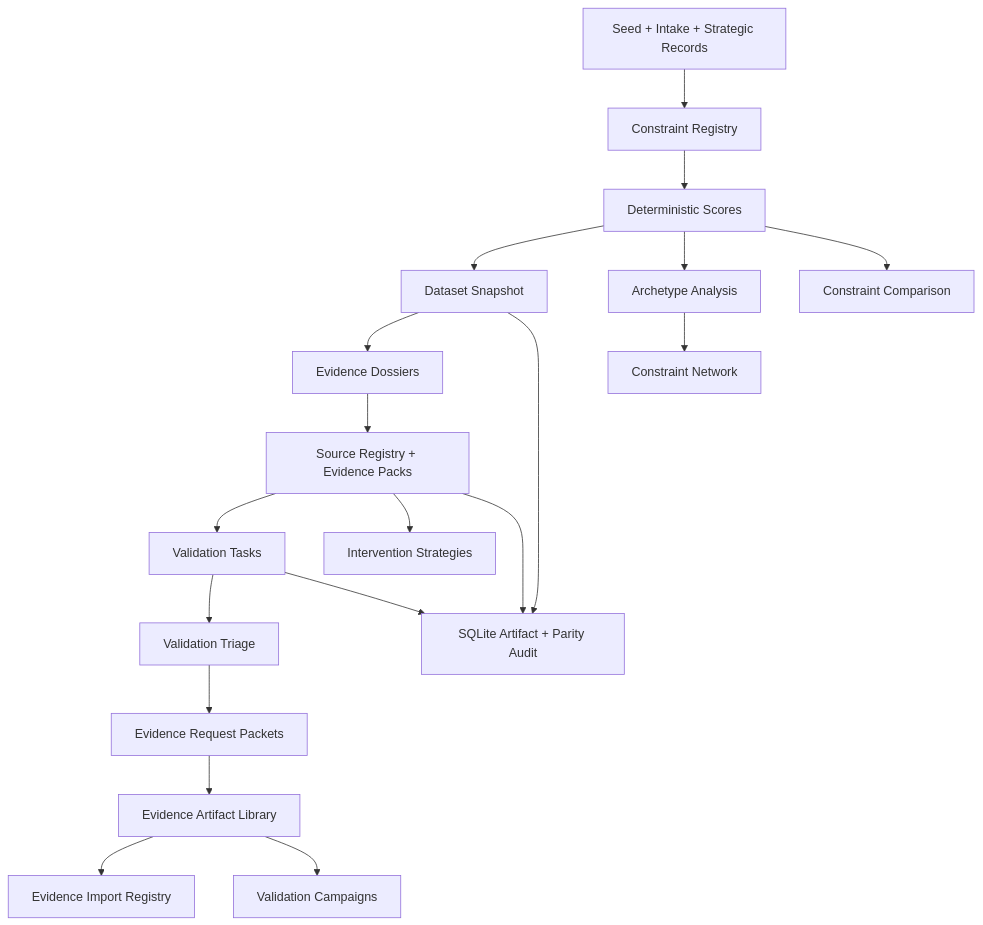
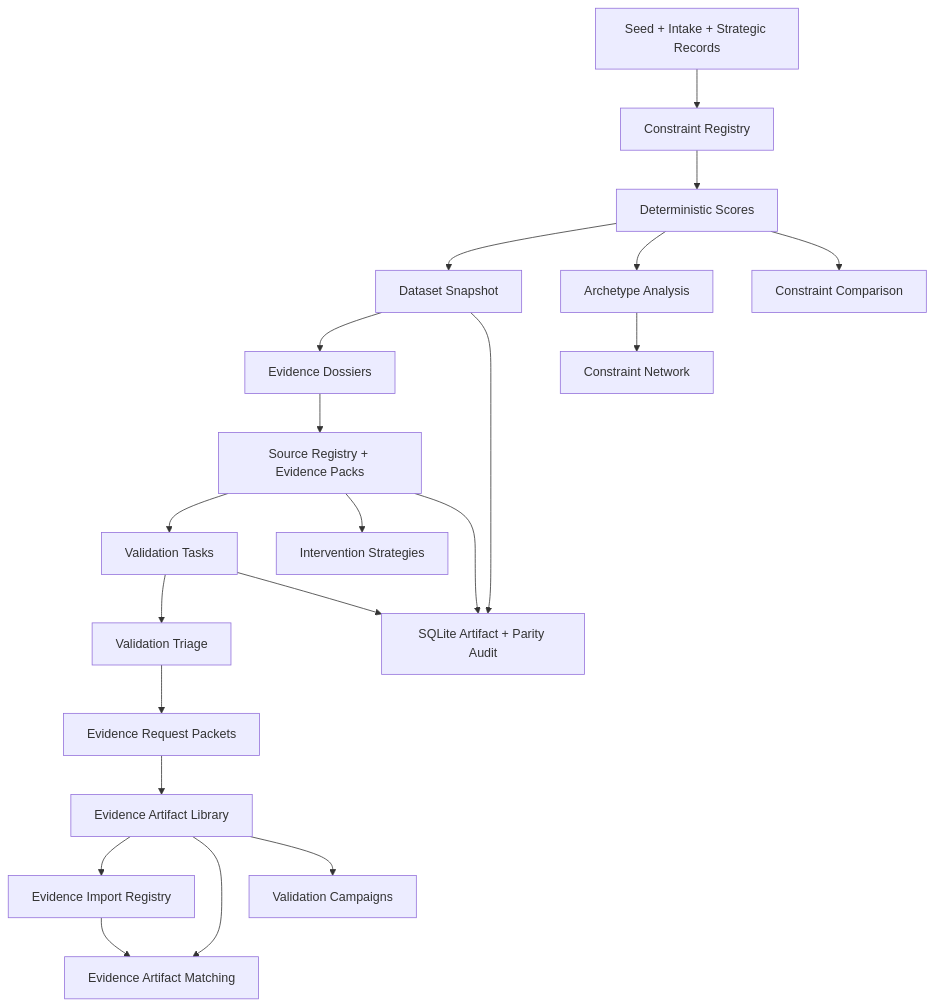
The first of 2 diagrams in README.md (EtherTabu/economic-x-ray-vision), drawn with Mermaid before and after one commit. The commit also changed other lines of this file and 11 other files, not shown here.

Commit message:
Add evidence artifact matching workspace

````diff
--- a/README.md
+++ b/README.md
@@ -129,21 +133,23 @@
 ```mermaid
 flowchart TD
   A["Seed + Intake + Strategic Records"] --> B["Constraint Registry"]
   B --> C["Deterministic Scores"]
   C --> D["Dataset Snapshot"]
   D --> E["Evidence Dossiers"]
   E --> F["Source Registry + Evidence Packs"]
   F --> G["Validation Tasks"]
   G --> H["Validation Triage"]
   H --> I["Evidence Request Packets"]
   I --> P["Evidence Artifact Library"]
   P --> Q["Evidence Import Registry"]
+  Q --> R["Evidence Artifact Matching"]
+  P --> R
   P --> J["Validation Campaigns"]
   F --> K["Intervention Strategies"]
   C --> L["Archetype Analysis"]
   L --> M["Constraint Network"]
   C --> N["Constraint Comparison"]
   D --> O["SQLite Artifact + Parity Audit"]
   F --> O
   G --> O
 ```
````
